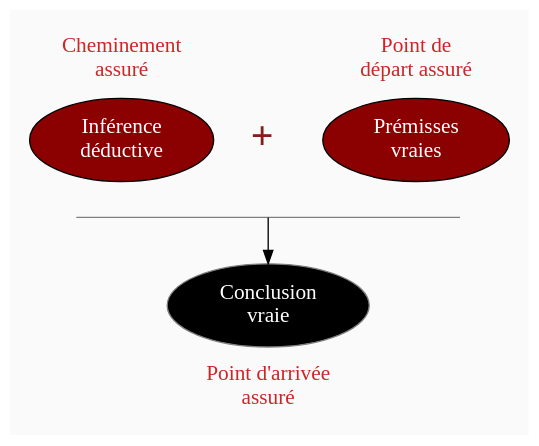
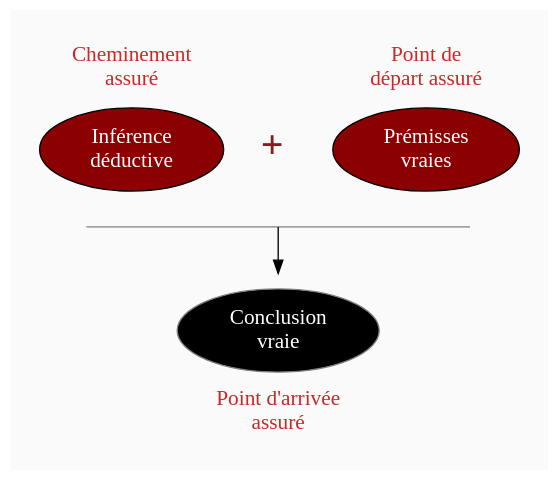
Before and after one commit to eyssette/graphviz-examples: the diagram in diagram/demonstration-deduction-premisses-vraies.dot, drawn with Graphviz.

```diff
--- a/diagram/demonstration-deduction-premisses-vraies.dot
+++ b/diagram/demonstration-deduction-premisses-vraies.dot
@@ -1,85 +1,89 @@
 digraph G {
 // Template : diagram
 // Usage : cours sur l'épistémologie
 //rankdir=LR
 //ratio=0.75
 splines=true
 //splines=curved
 bgcolor=grey98
-pad=0.2
+pad=0.3
 style=filled
 edge[minlen=4]
 ranksep=0.1
 nodesep=0.2 // valeur à changer ?
 
 // NIVEAU 1
 node[style=filled; fillcolor=12 ; fontcolor=white ; fontsize=18]
 // a1[label=""]
 
 
 // NIVEAU 2
 node[style=filled;fillcolor=red4;fontcolor=white; fontsize=16; shape=oval]
 // b1[label=""]
 
 b1[label="Inférence
 déductive"]
 b2[label="Prémisses
 vraies"]
 
 
 
 // NIVEAU 3 (sans intermédiaire)
 node [shape=box; style=filled;fillcolor=white;fontcolor=black;color=grey50]
 // c1[label=""]
 
 
 // INTERMEDIAIRE AVANT NIVEAU 3
 node[style=filled;fillcolor=black;fontcolor=white;shape=oval]
 // [arrowhead=none]
 // bc1[label=""]
-line->c1
+line->vide1
+vide1->c1[style=invis,minlen=1]
+
+vide1[shape=point,style=invis]
+
 c1[label="Conclusion
 vraie"]
 
 // NIVEAU 3 (avec intermédiaire)
 node[style="filled";fillcolor=white;shape=box;color=grey50]
 // c1[label=""]
 
 // NIVEAU 4
 node[style="filled, rounded";fillcolor=white;shape=box;color=grey50]
 // d1[label=""]
 
 
 // ETIQUETTES EN ROUGE
 node[shape=plaintext;fontcolor=firebrick3;fillcolor=grey98]
 // e1[label=< <B>= Titre</B><BR /><BR />Contenu<BR /> >]
 // e1[label=""]
 // ->e1[minlen=1;style=invis]
 
 e1[label=<<b>+</b>>;fontsize=30;fontcolor=firebrick4]
 {rank=same;b1->e1->b2[minlen=0;style=invis]}
 e1->line[minlen=3;style=invis]
 line[shape=underline;style="";fontcolor=grey98;width=4;label="";height=0]
 
 e2[label="Point de
 départ assuré"]
 e2->b2[style=invis,minlen=1]
 
 e3[label="Cheminement
 assuré"]
 e3->b1[style=invis,minlen=1]
 
 e4[label="Point d'arrivée
 assuré"]
 c1->e4[minlen=1;style=invis]
 
 
 // Remarques
 node[color=blue;shape=box;style=filled;margin=0.07;fontcolor=black;fontsize=13]
 edge[color=blue;arrowhead="none";xlabel="";style=dashed]
 // r1[label=""]
 // {rank=same;->r1}
 // {rank=same;r1->[dir=back]}
 
 
 }
```
